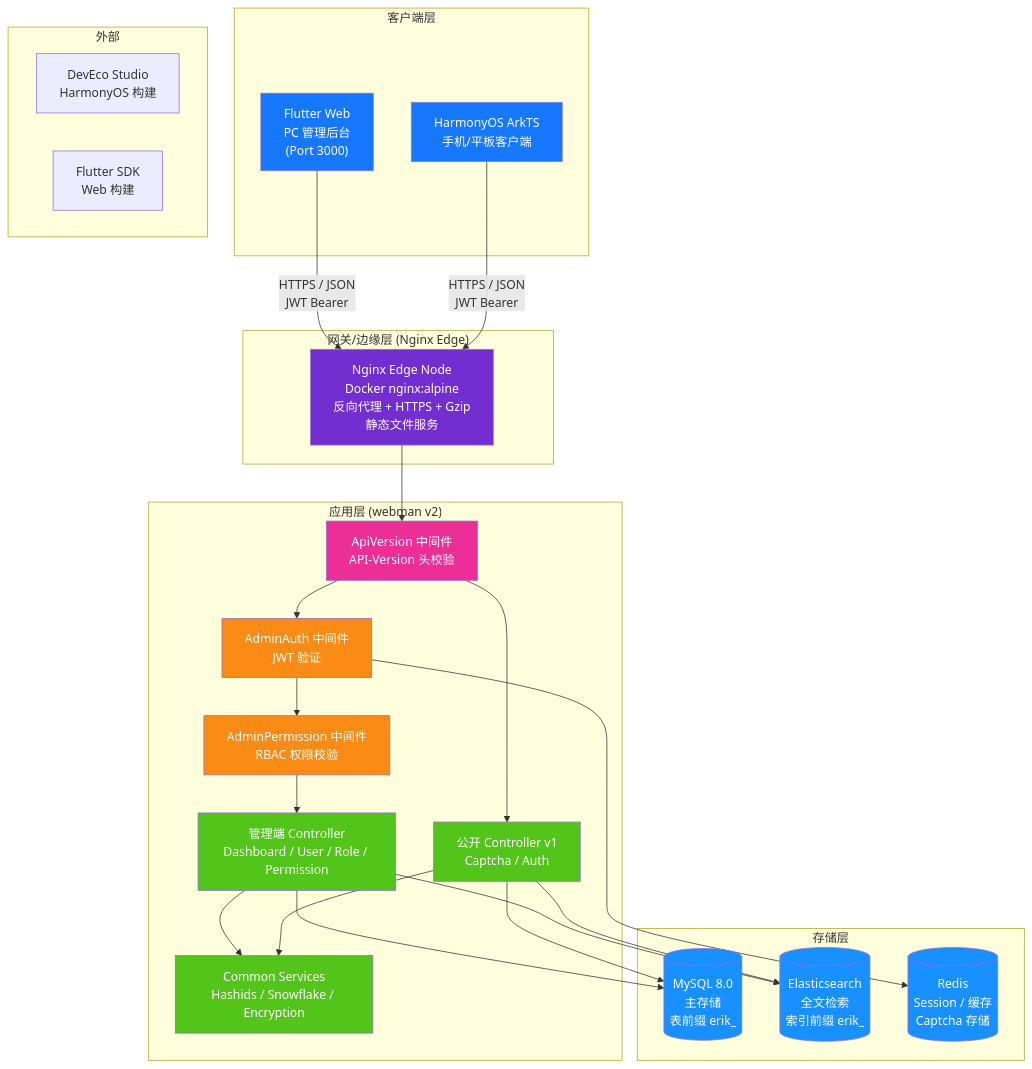
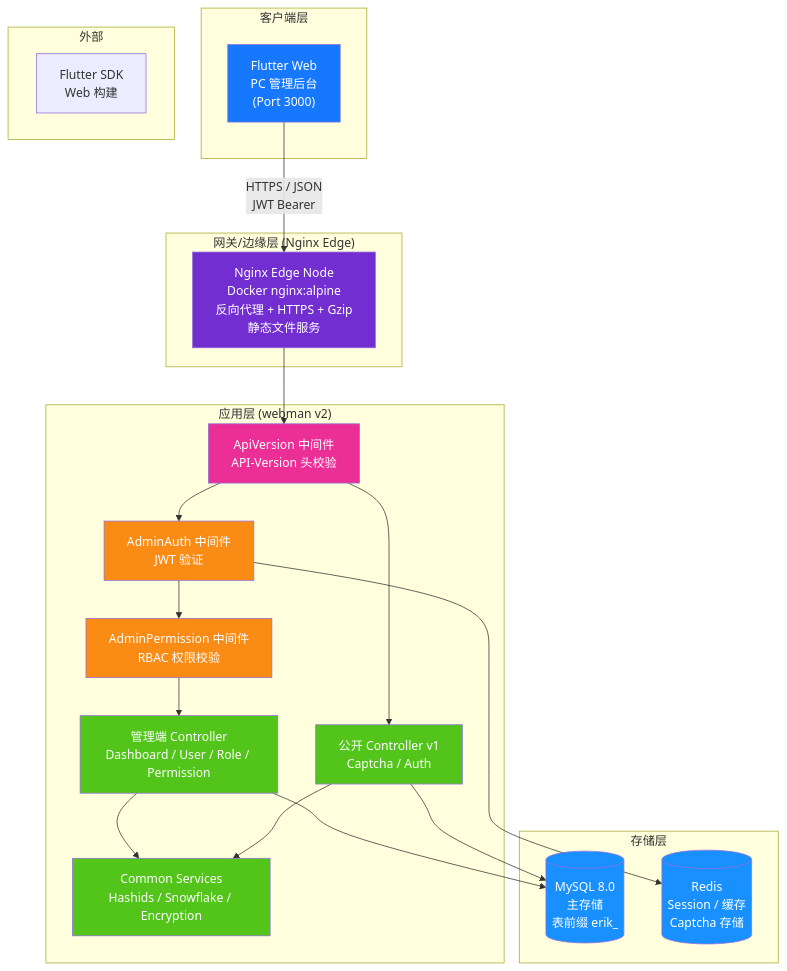
One commit to erikwang2013/social changed the first of 13 diagrams in admin/docs/ARCHITECTURE.en.md. Above: the diagram before and after it, drawn with Mermaid. The commit also changed other lines of this file and 315 other files, not shown here.

Commit message:
文档：仅保留中英文 README，清理已移除功能与过时图片

````diff
--- a/admin/docs/ARCHITECTURE.en.md
+++ b/admin/docs/ARCHITECTURE.en.md
@@ -12,59 +12,51 @@
 ```mermaid
 flowchart TB
     subgraph "客户端层"
         A1["Flutter Web<br/>PC 管理后台<br/>(Port 3000)"]
-        A2["HarmonyOS ArkTS<br/>手机/平板客户端"]
     end
 
     subgraph "网关/边缘层 (Nginx Edge)"
         B1["Nginx Edge Node<br/>Docker nginx:alpine<br/>反向代理 + HTTPS + Gzip<br/>静态文件服务"]
     end
 
     subgraph "应用层 (webman v2)"
         C0["ApiVersion 中间件<br/>API-Version 头校验"]
         C1["AdminAuth 中间件<br/>JWT 验证"]
         C2["AdminPermission 中间件<br/>RBAC 权限校验"]
         C3["管理端 Controller<br/>Dashboard / User / Role / Permission"]
         C4["公开 Controller v1<br/>Captcha / Auth"]
         C5["Common Services<br/>Hashids / Snowflake / Encryption"]
     end
 
     subgraph "存储层"
         D1[("MySQL 8.0<br/>主存储<br/>表前缀 erik_")]
-        D2[("Elasticsearch<br/>全文检索<br/>索引前缀 erik_")]
         D3[("Redis<br/>Session / 缓存<br/>Captcha 存储")]
     end
 
     subgraph "外部"
-        E1["DevEco Studio<br/>HarmonyOS 构建"]
         E2["Flutter SDK<br/>Web 构建"]
     end
 
     A1 -->|"HTTPS / JSON<br/>JWT Bearer"| B1
-    A2 -->|"HTTPS / JSON<br/>JWT Bearer"| B1
     B1 --> C0
     C0 --> C1
     C1 --> C2
     C2 --> C3
     C0 --> C4
     C3 --> C5
     C4 --> C5
     C3 --> D1
     C4 --> D1
-    C3 --> D2
-    C4 --> D2
     C1 --> D3
 
     style A1 fill:#1677FF,color:#fff
-    style A2 fill:#1677FF,color:#fff
     style B1 fill:#722ED1,color:#fff
     style C0 fill:#EB2F96,color:#fff
     style C1 fill:#FA8C16,color:#fff
     style C2 fill:#FA8C16,color:#fff
     style C3 fill:#52C41A,color:#fff
     style C4 fill:#52C41A,color:#fff
     style C5 fill:#52C41A,color:#fff
     style D1 fill:#1890FF,color:#fff
-    style D2 fill:#1890FF,color:#fff
     style D3 fill:#1890FF,color:#fff
 ```
````
